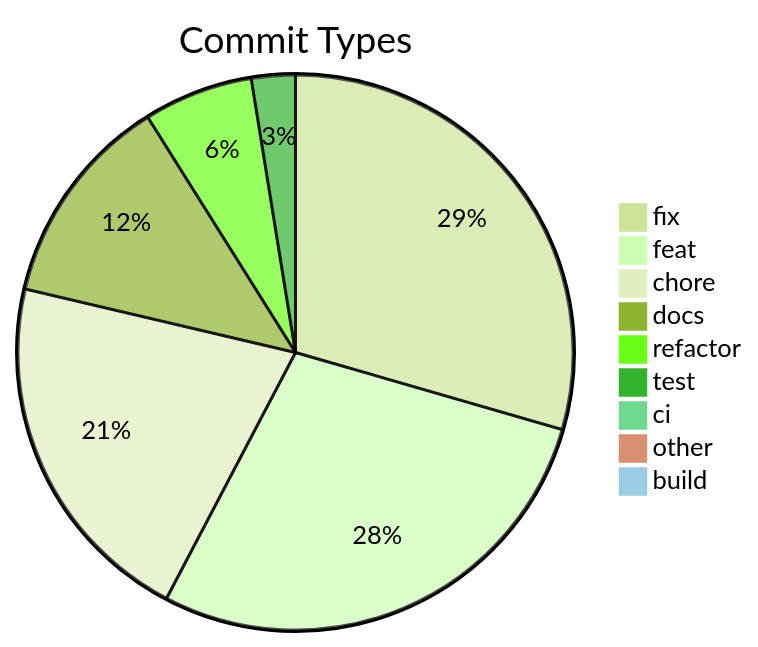
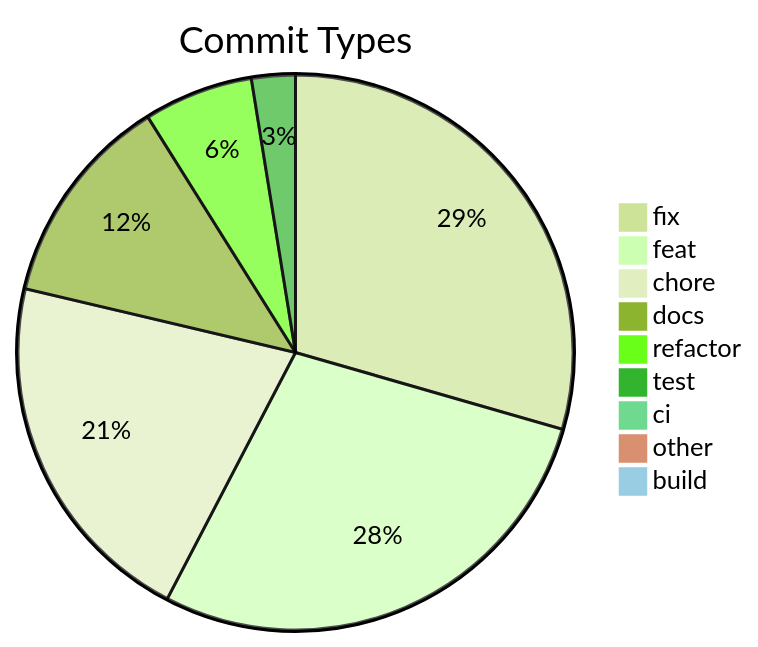
Before and after one commit to svenroth-ai/shipwright: the diagram in .shipwright/compliance/change-history.md, drawn with Mermaid (forest theme). The commit also changed other lines of this file and 20 other files, not shown here.

````diff
--- a/.shipwright/compliance/change-history.md
+++ b/.shipwright/compliance/change-history.md
@@ -8,12 +8,12 @@
 ```mermaid
 pie title Commit Types
     "fix" : 347
     "feat" : 332
-    "chore" : 247
+    "chore" : 248
     "docs" : 146
     "refactor" : 75
     "test" : 30
     "ci" : 11
     "other" : 9
     "build" : 1
 ```
````
